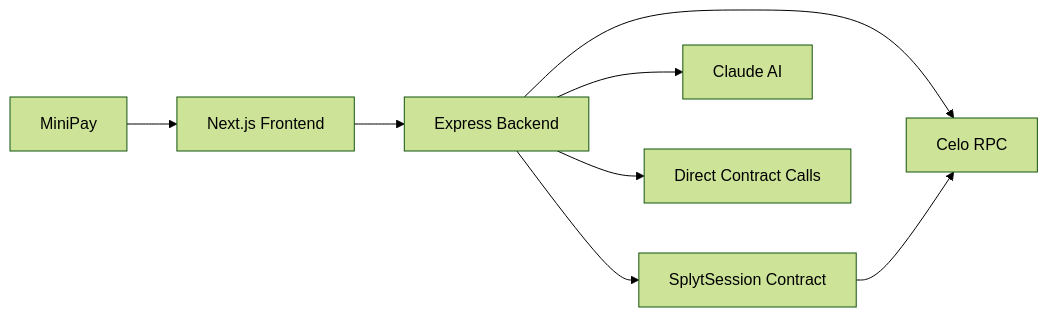
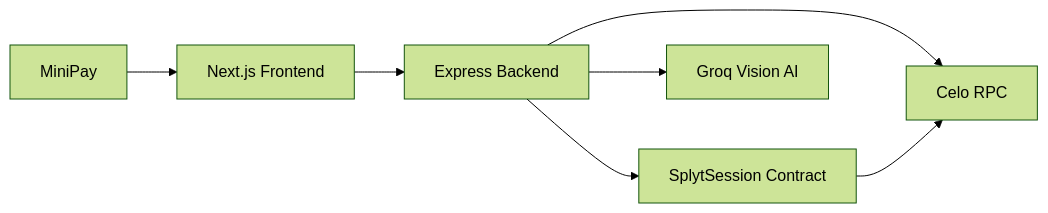
One commit to Dominion116/Splyt changed the first of 2 diagrams in docs/ARCHITECTURE.md. Above: the diagram before and after it, drawn with Mermaid (forest theme). The commit also changed other lines of this file and 13 other files, not shown here.

First line of the commit message:
feat: Phase A+B Celo agent architecture and ERC-8004 registration tooling

````diff
--- a/docs/ARCHITECTURE.md
+++ b/docs/ARCHITECTURE.md
@@ -7,10 +11,9 @@
 ```mermaid
 flowchart LR
   A[MiniPay] --> B[Next.js Frontend]
   B --> C[Express Backend]
   C --> D[SplytSession Contract]
-  C --> E[Claude AI]
-  C --> F[Direct Contract Calls]
+  C --> E[Groq Vision AI]
   C --> G[Celo RPC]
   D --> G
 ```
````
